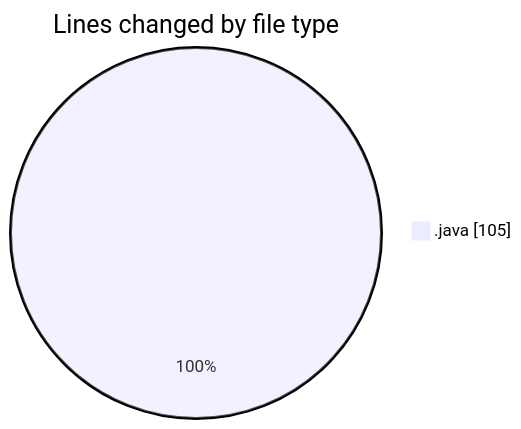
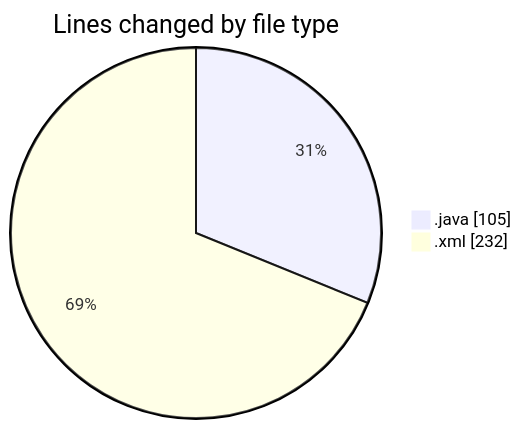
One commit to ricardozamudiocil/code-tracking changed the first of 2 diagrams in 2026-10-26/cilreports__workspace_/README.md. Above: the diagram before and after it, drawn with Mermaid. The commit also changed other lines of this file and 2 other files, not shown here.

````diff
--- a/2026-10-26/cilreports__workspace_/README.md
+++ b/2026-10-26/cilreports__workspace_/README.md
@@ -20,5 +22,6 @@
 ```mermaid
 pie showData
 title Lines changed by file type
 ".java" : 105
+".xml" : 232
 ```
````
